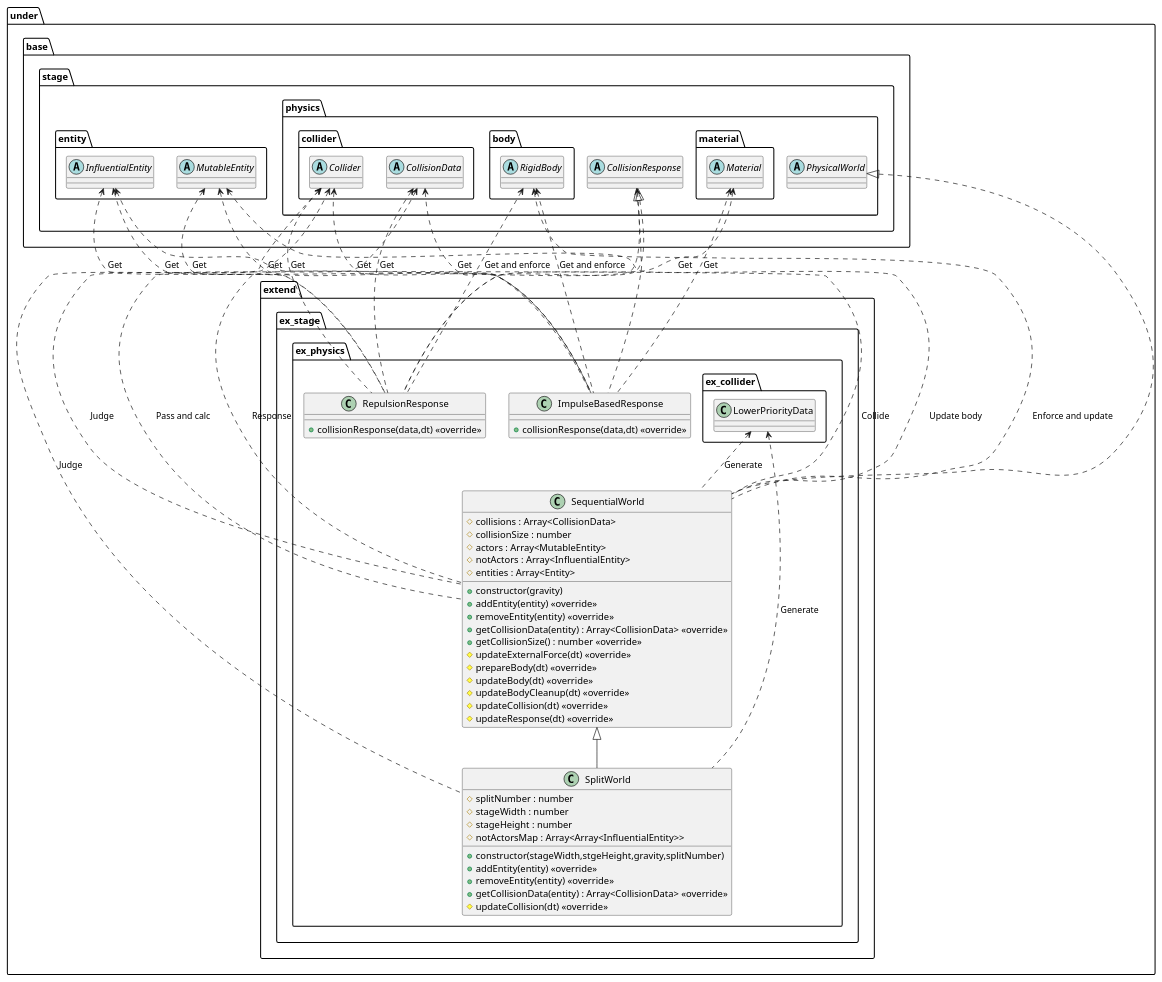
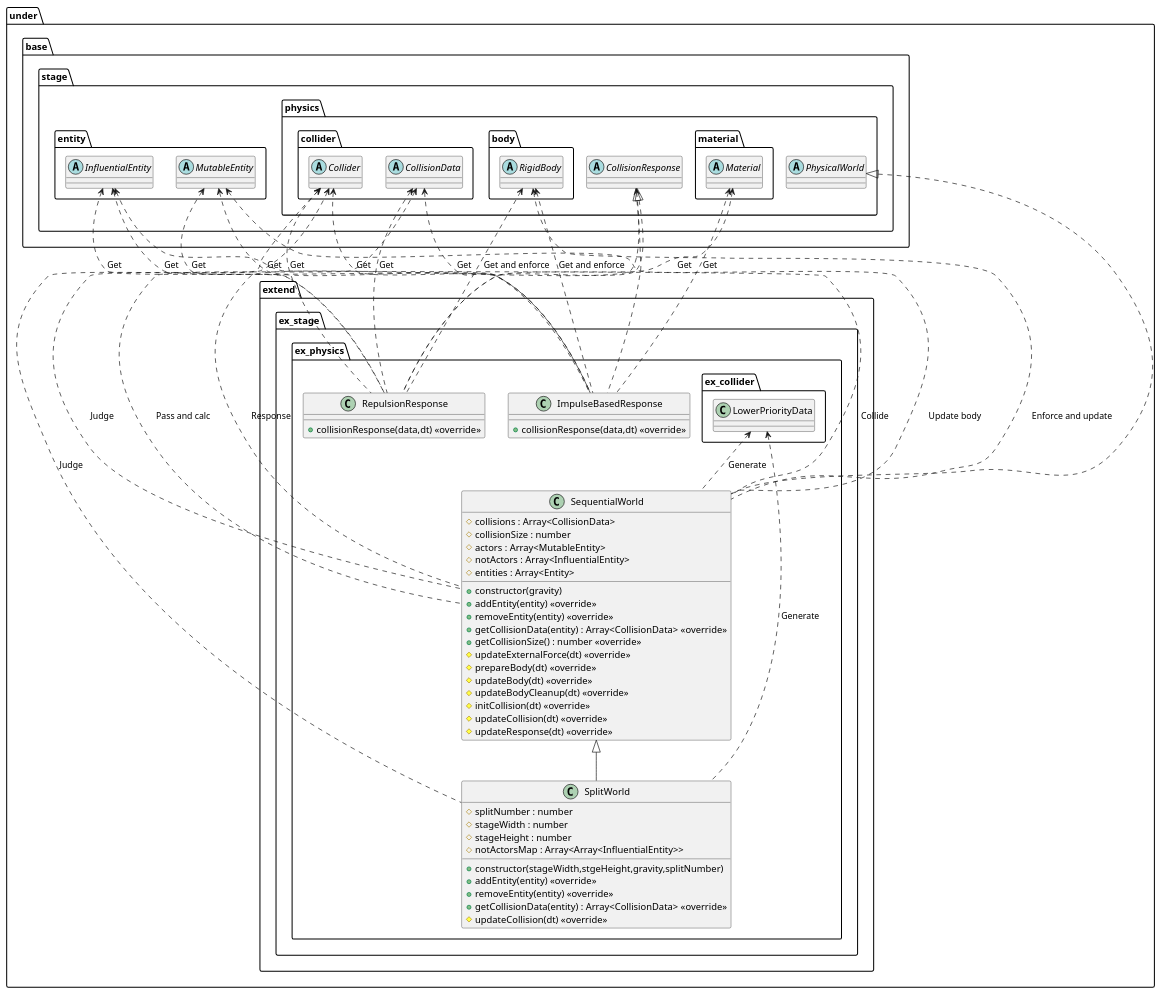
One commit to Expine/Under changed the diagram in uml/stage/ExtendPhysics.wsd. Above: the diagram before and after it, drawn with PlantUML. The commit also changed 25 other files, not shown here.

```diff
--- a/uml/stage/ExtendPhysics.wsd
+++ b/uml/stage/ExtendPhysics.wsd
@@ -1,110 +1,111 @@
 @startuml StageExtend
 package under {
     package extend {
         package ex_stage {
             package ex_physics {
                 class SequentialWorld {
                     +constructor(gravity)
                     #collisions : Array<CollisionData>
                     #collisionSize : number
                     #actors : Array<MutableEntity>
                     #notActors : Array<InfluentialEntity>
                     #entities : Array<Entity>
                     +addEntity(entity) <<override>>
                     +removeEntity(entity) <<override>>
                     +getCollisionData(entity) : Array<CollisionData> <<override>>
                     +getCollisionSize() : number <<override>>
                     #updateExternalForce(dt) <<override>>
                     #prepareBody(dt) <<override>>
                     #updateBody(dt) <<override>>
                     #updateBodyCleanup(dt) <<override>>
+                    #initCollision(dt) <<override>>
                     #updateCollision(dt) <<override>>
                     #updateResponse(dt) <<override>>
                 }
                 class SplitWorld {
                     +constructor(stageWidth,stgeHeight,gravity,splitNumber)
                     #splitNumber : number
                     #stageWidth : number
                     #stageHeight : number
                     #notActorsMap : Array<Array<InfluentialEntity>>
                     +addEntity(entity) <<override>>
                     +removeEntity(entity) <<override>>
                     +getCollisionData(entity) : Array<CollisionData> <<override>>
                     #updateCollision(dt) <<override>>
                 }
                 class ImpulseBasedResponse {
                     +collisionResponse(data,dt) <<override>>
                 }
                 class RepulsionResponse {
                     +collisionResponse(data,dt) <<override>>
                 }
             }
         }
     }
 }
 
 package under {
     package base {
         package stage {
             package physics {
                 abstract PhysicalWorld
                 abstract CollisionResponse
                 package material {
                     abstract Material
                 }
                 package collider {
                     abstract Collider
                     abstract CollisionData
                 }
                 package body {
                     abstract RigidBody
                 }
             }
             package entity {
                 abstract InfluentialEntity
                 abstract MutableEntity
             }
         }
     }
     package extend {
         package ex_stage {
             package ex_physics {
                 package ex_collider {
                     class LowerPriorityData
                 }
             }
         }
     }
 }
 
 InfluentialEntity <.. SequentialWorld : Collide
 MutableEntity <.. SequentialWorld : Update body
 CollisionData <.. SequentialWorld : Pass and calc
 Collider <.. SequentialWorld : Judge
 RigidBody <.. SequentialWorld : Enforce and update
 CollisionResponse <.. SequentialWorld : Response
 LowerPriorityData <.. SequentialWorld : Generate
 
 Collider <.. SplitWorld : Judge
 LowerPriorityData <.. SplitWorld : Generate
 
 RigidBody <.. ImpulseBasedResponse : Get and enforce
 Material <.. ImpulseBasedResponse : Get
 Collider <.. ImpulseBasedResponse : Get
 InfluentialEntity <.. ImpulseBasedResponse : Get
 MutableEntity <.. ImpulseBasedResponse : Get
 CollisionData <.. ImpulseBasedResponse : Get
 
 RigidBody <.. RepulsionResponse : Get and enforce
 Material <.. RepulsionResponse : Get
 Collider <.. RepulsionResponse : Get
 InfluentialEntity <.. RepulsionResponse : Get
 CollisionData <.. RepulsionResponse : Get
 MutableEntity <.. RepulsionResponse : Get
 
 PhysicalWorld <|.. SequentialWorld
 SequentialWorld <|-- SplitWorld
 CollisionResponse <|.. ImpulseBasedResponse
 CollisionResponse <|.. RepulsionResponse
 
 @enduml
```
